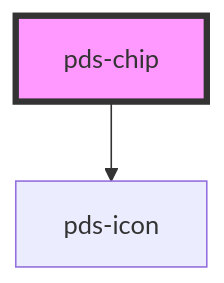
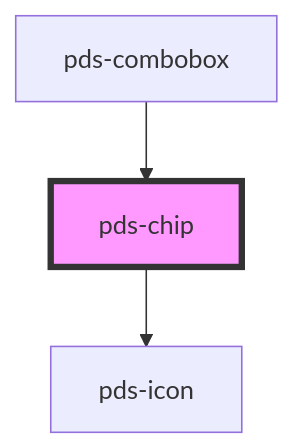
The diagram in libs/core/src/components/pds-chip/readme.md (Kajabi/pine), drawn with Mermaid before and after one commit. The commit also changed other lines of this file and 6 other files, not shown here.

Commit message:
fix(pds-combobox): add chip variant

````diff
--- a/libs/core/src/components/pds-chip/readme.md
+++ b/libs/core/src/components/pds-chip/readme.md
@@ -41,5 +45,6 @@
 ```mermaid
 graph TD;
   pds-chip --> pds-icon
+  pds-combobox --> pds-chip
   style pds-chip fill:#f9f,stroke:#333,stroke-width:4px
 ```
````
